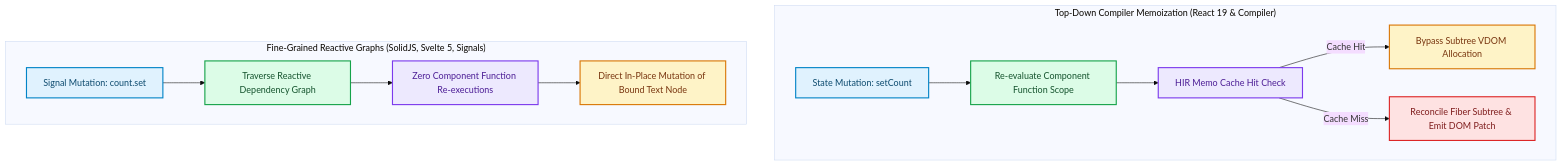
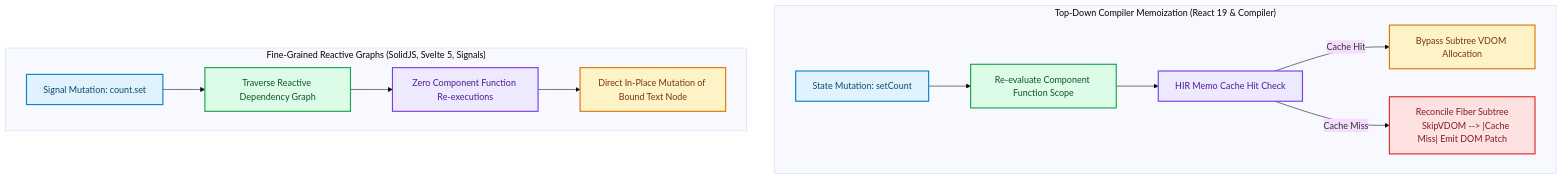
Before and after one commit to akmalkhaniub/akmalkhaniub.github.io: the first of 2 diagrams in blog/posts/react-compiler-vs-signals-fine-grained-reactivity-ast-tradeoffs.md, drawn with Mermaid (base theme). The commit also changed 894 other files, not shown here.

Commit message:
feat(blog): upgrade all 444 posts with unique staggered dates, 2-col Mermaid spines, benchmark tables, code blocks, and trade-offs

````diff
--- a/blog/posts/react-compiler-vs-signals-fine-grained-reactivity-ast-tradeoffs.md
+++ b/blog/posts/react-compiler-vs-signals-fine-grained-reactivity-ast-tradeoffs.md
@@ -15,26 +15,27 @@
 ```mermaid
 flowchart TD
   subgraph SG1_CompilerMemo ["Top-Down Compiler Memoization (React 19 & Compiler)"]
     StateChange1["State Mutation: setCount"] --> ReRenderTree["Re-evaluate Component Function Scope"]
     ReRenderTree --> CacheCheck["HIR Memo Cache Hit Check"]
     CacheCheck -->|Cache Hit| SkipVDOM["Bypass Subtree VDOM Allocation"]
-    CacheCheck -->|Cache Miss| UpdateVDOM["Reconcile Fiber Subtree & Emit DOM Patch"]
+    CacheCheck --> |Cache Miss| UpdateVDOM["Reconcile Fiber Subtree
+    SkipVDOM --> |Cache Miss| Emit DOM Patch"]
   end
 
   subgraph SG2_ReactiveGraphs ["Fine-Grained Reactive Graphs (SolidJS, Svelte 5, Signals)"]
     StateChange2["Signal Mutation: count.set"] --> DirectGraph["Traverse Reactive Dependency Graph"]
     DirectGraph --> ZeroVDOM["Zero Component Function Re-executions"]
     ZeroVDOM --> SurgicalDOM["Direct In-Place Mutation of Bound Text Node"]
   end
 
 classDef green fill:#dcfce7,stroke:#16a34a,stroke-width:2px,color:#14532d;
 classDef red fill:#fee2e2,stroke:#dc2626,stroke-width:2px,color:#7f1d1d;
 classDef blue fill:#e0f2fe,stroke:#0284c7,stroke-width:2px,color:#0c4a6e;
 classDef yellow fill:#fef3c7,stroke:#d97706,stroke-width:2px,color:#78350f;
 classDef purple fill:#ede9fe,stroke:#7c3aed,stroke-width:2px,color:#4c1d95;
 class StateChange1,StateChange2 blue
 class ReRenderTree,DirectGraph green
 class CacheCheck,ZeroVDOM purple
 class SkipVDOM,SurgicalDOM yellow
 class UpdateVDOM red
 ```
````
